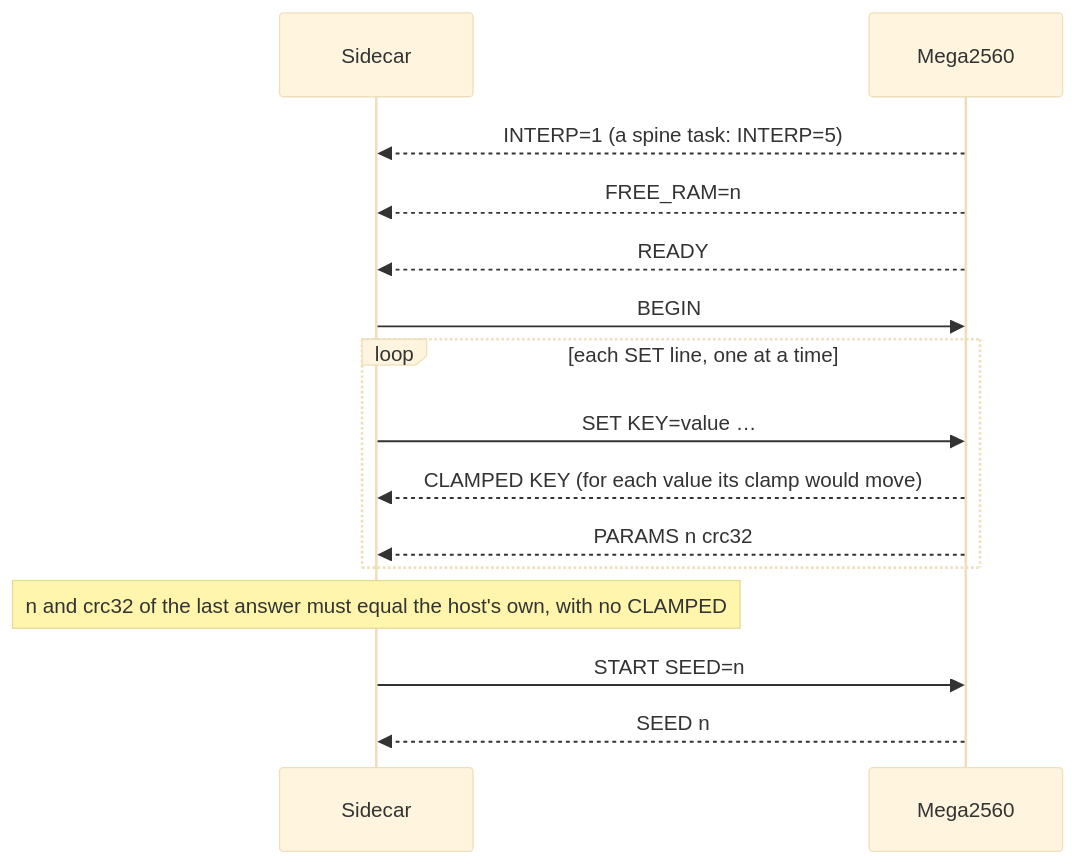
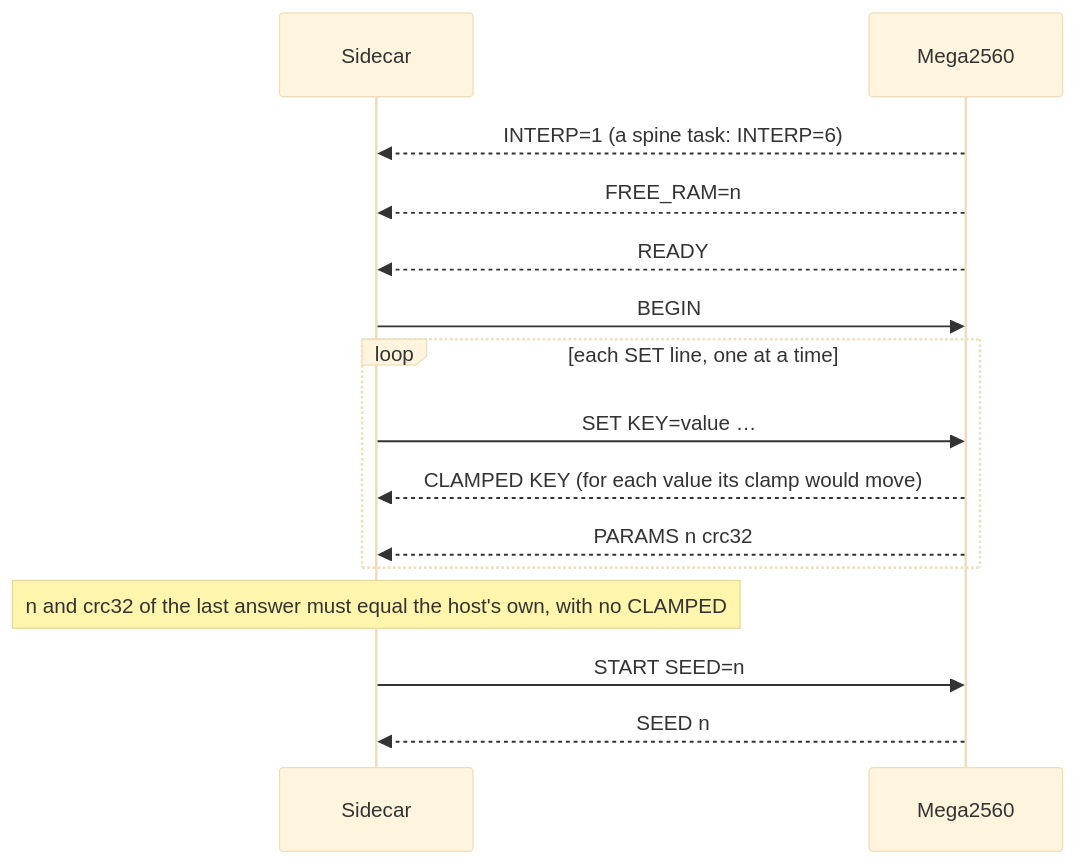
One commit to Chase-NJ/Ephymeris changed the sixth of 7 diagrams in docs/TASKS.md. Above: the diagram before and after it, drawn with Mermaid (base theme). The commit also changed other lines of this file and 33 other files, not shown here.

````diff
--- a/docs/TASKS.md
+++ b/docs/TASKS.md
@@ -1197,17 +1242,17 @@
 ```mermaid
 sequenceDiagram
     participant Host as Sidecar
     participant Board as Mega2560
-    Board-->>Host: INTERP=1 (a spine task: INTERP=5)
+    Board-->>Host: INTERP=1 (a spine task: INTERP=6)
     Board-->>Host: FREE_RAM=n
     Board-->>Host: READY
     Host->>Board: BEGIN
     loop each SET line, one at a time
         Host->>Board: SET KEY=value …
         Board-->>Host: CLAMPED KEY (for each value its clamp would move)
         Board-->>Host: PARAMS n crc32
     end
     Note over Host: n and crc32 of the last answer must equal the host's own, with no CLAMPED
     Host->>Board: START SEED=n
     Board-->>Host: SEED n
 ```
````
